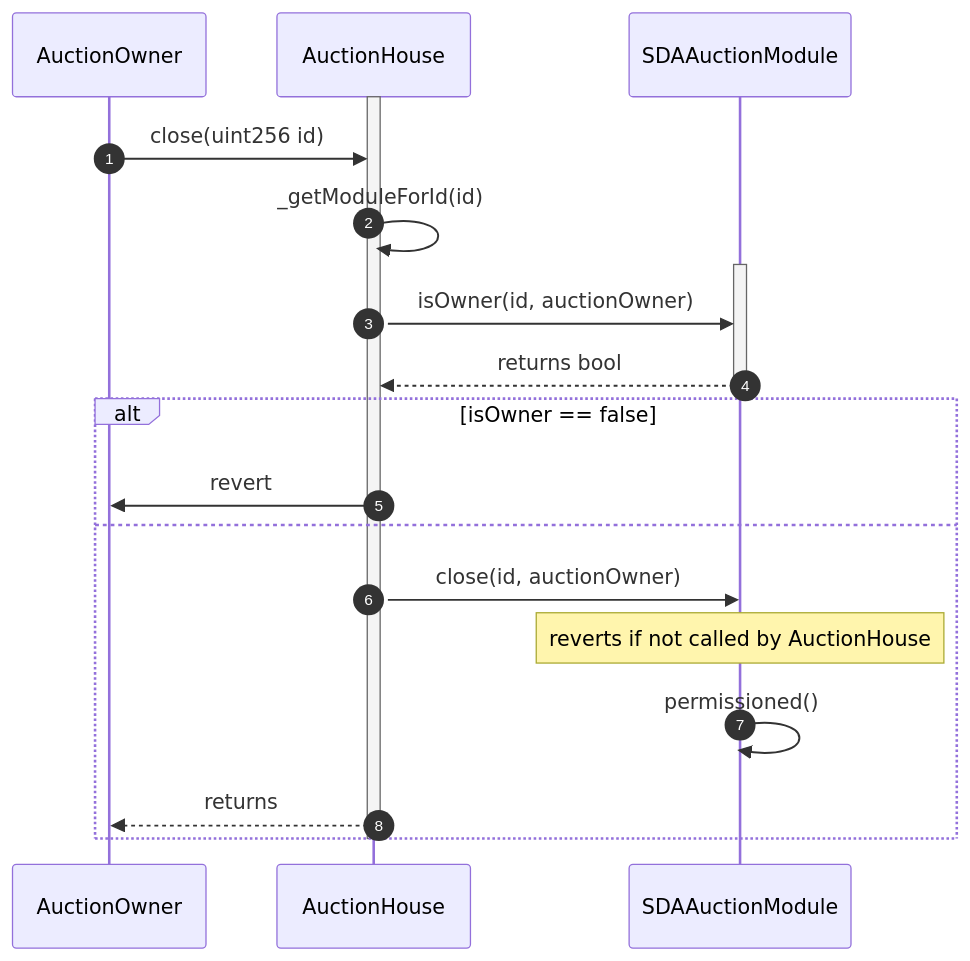
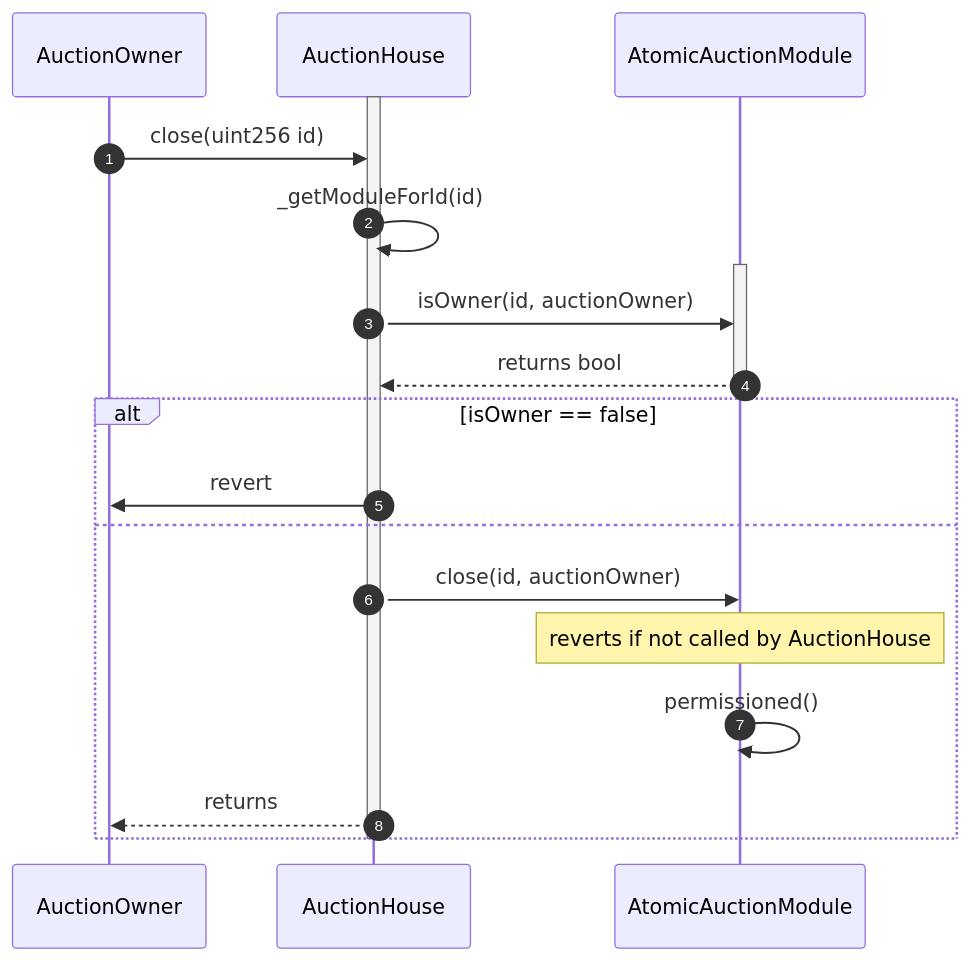
The fifth of 6 diagrams in ARCHITECTURE.md (Axis-Fi/axis-core), drawn with Mermaid before and after one commit. The commit also changed other lines of this file, not shown here.

Commit message:
Correct auction types

````diff
--- a/ARCHITECTURE.md
+++ b/ARCHITECTURE.md
@@ -358,27 +358,27 @@
 ```mermaid
 sequenceDiagram
   autoNumber
   participant AuctionOwner
   participant AuctionHouse
-  participant SDAAuctionModule
+  participant AtomicAuctionModule
 
   activate AuctionHouse
     AuctionOwner->>AuctionHouse: close(uint256 id)
     
     AuctionHouse->>AuctionHouse: _getModuleForId(id)
 
-    activate SDAAuctionModule
-      AuctionHouse->>SDAAuctionModule: isOwner(id, auctionOwner)
-      SDAAuctionModule-->>AuctionHouse: returns bool
-    deactivate SDAAuctionModule
+    activate AtomicAuctionModule
+      AuctionHouse->>AtomicAuctionModule: isOwner(id, auctionOwner)
+      AtomicAuctionModule-->>AuctionHouse: returns bool
+    deactivate AtomicAuctionModule
 
     alt isOwner == false
       AuctionHouse->>AuctionOwner: revert
     else
-      AuctionHouse->>SDAAuctionModule: close(id, auctionOwner)
-      Note over SDAAuctionModule: reverts if not called by AuctionHouse
-      SDAAuctionModule->>SDAAuctionModule: permissioned()
+      AuctionHouse->>AtomicAuctionModule: close(id, auctionOwner)
+      Note over AtomicAuctionModule: reverts if not called by AuctionHouse
+      AtomicAuctionModule->>AtomicAuctionModule: permissioned()
       AuctionHouse-->>AuctionOwner: returns
     end    
   deactivate AuctionHouse
 ```
````
